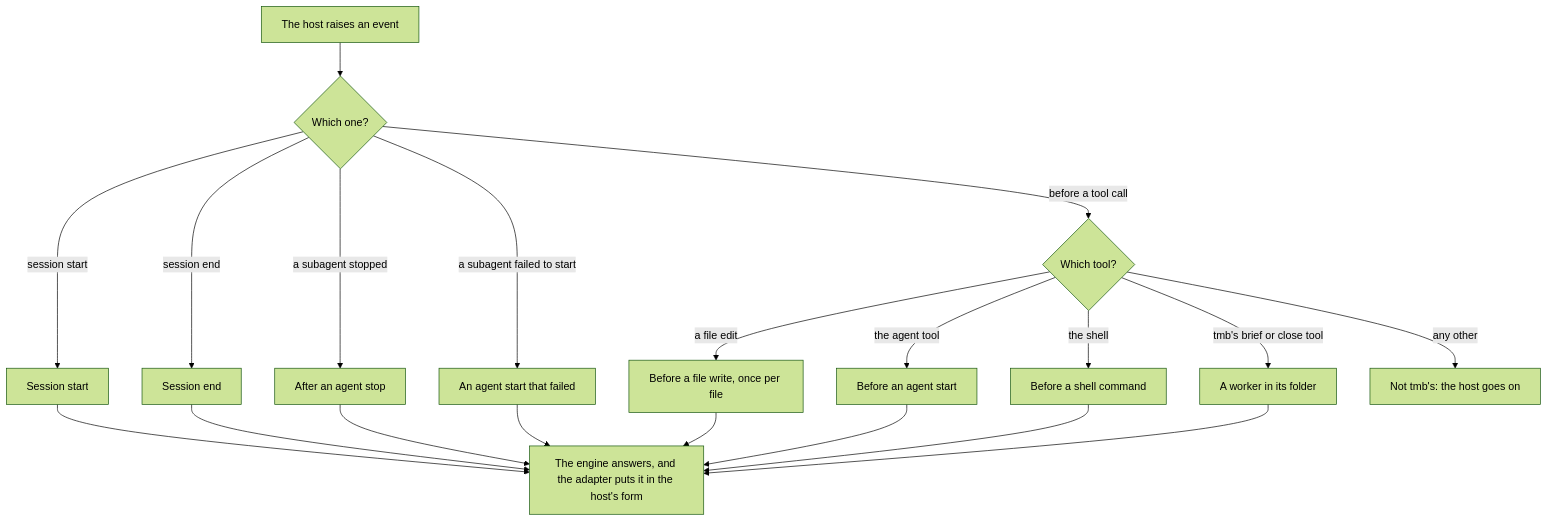
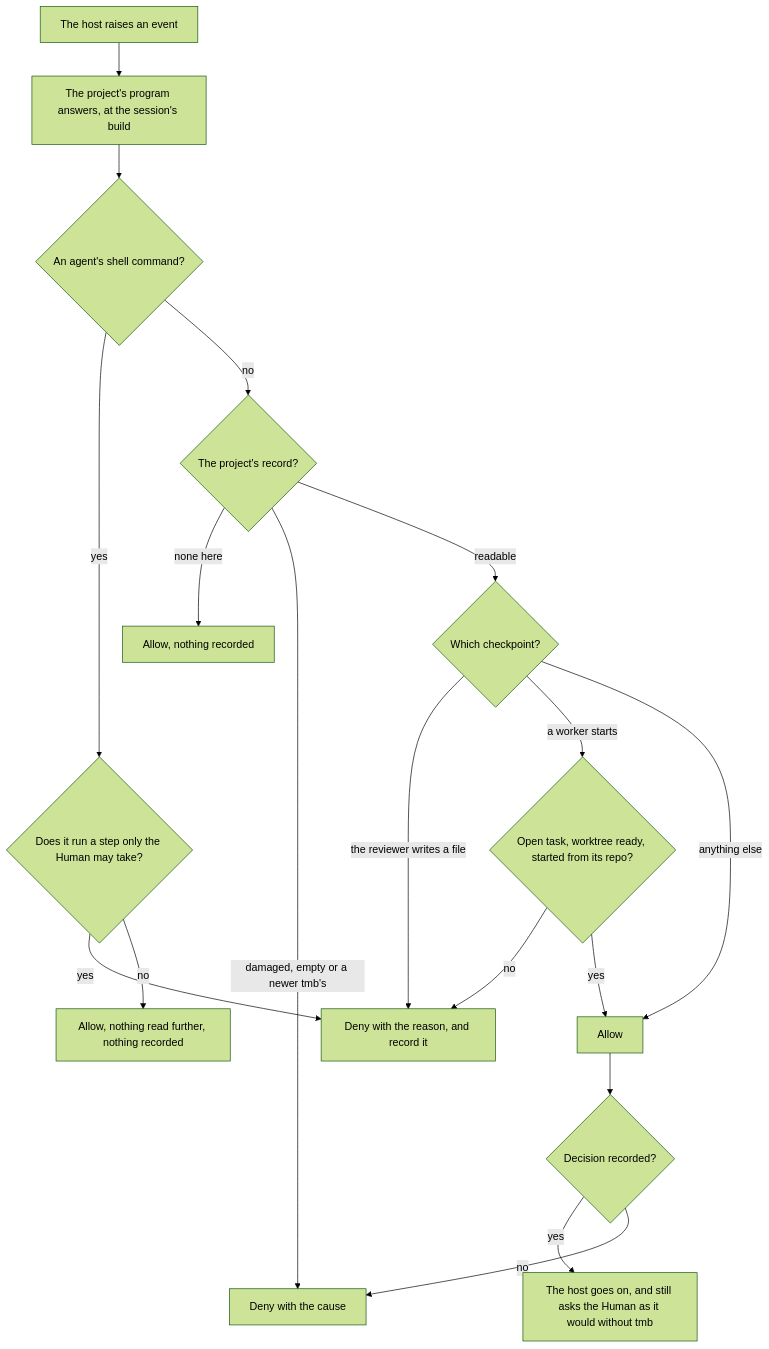
One commit to trustmybot/tmb changed the fourth of 5 diagrams in docs/architecture/HOSTS.md. Above: the diagram before and after it, drawn with Mermaid (forest theme). The commit also changed other lines of this file and 18 other files, not shown here.

First line of the commit message:
📝 docs: merge thin pages, drop versions, record agent creation

````diff
--- a/docs/architecture/HOSTS.md
+++ b/docs/architecture/HOSTS.md
@@ -154,22 +206,20 @@
 ```mermaid
 flowchart TD
-    A[The host raises an event] --> B{Which one?}
-    B -- session start --> E1[Session start]
-    B -- session end --> E2[Session end]
-    B -- a subagent stopped --> E3[After an agent stop]
-    B -- a subagent failed to start --> E4[An agent start that failed]
-    B -- before a tool call --> C{Which tool?}
-    C -- "a file edit" --> E5[Before a file write, once per file]
-    C -- "the agent tool" --> E6[Before an agent start]
-    C -- "the shell" --> E7[Before a shell command]
-    C -- "tmb's brief or close tool" --> E8[A worker in its folder]
-    C -- any other --> SKIP[Not tmb's: the host goes on]
-    E1 --> EN[The engine answers, and the adapter puts it in the host's form]
-    E2 --> EN
-    E3 --> EN
-    E4 --> EN
-    E5 --> EN
-    E6 --> EN
-    E7 --> EN
-    E8 --> EN
+    A[The host raises an event] --> B[The project's program answers, at the session's build]
+    B --> C{An agent's shell command?}
+    C -- yes --> C1{Does it run a step only the Human may take?}
+    C1 -- yes --> DENY[Deny with the reason, and record it]
+    C1 -- no --> SILENT[Allow, nothing read further, nothing recorded]
+    C -- no --> D{The project's record?}
+    D -- none here --> SILENT2[Allow, nothing recorded]
+    D -- "damaged, empty or a newer tmb's" --> DENY2[Deny with the cause]
+    D -- readable --> E{Which checkpoint?}
+    E -- the reviewer writes a file --> DENY
+    E -- a worker starts --> F{Open task, worktree ready, started from its repo?}
+    F -- no --> DENY
+    F -- yes --> G
+    E -- anything else --> G[Allow]
+    G --> H{Decision recorded?}
+    H -- yes --> OK[The host goes on, and still asks the Human as it would without tmb]
+    H -- no --> DENY2
 ```
````
